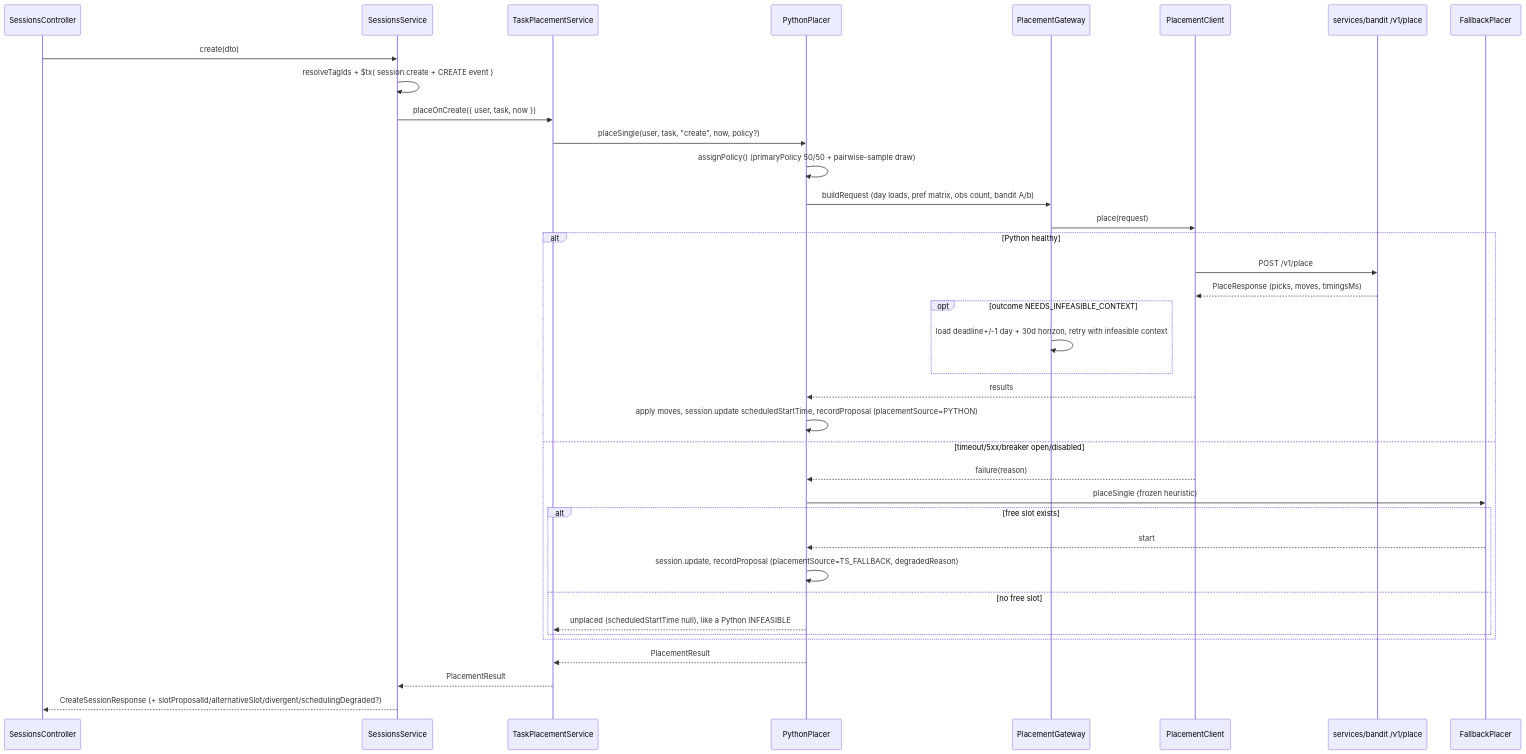
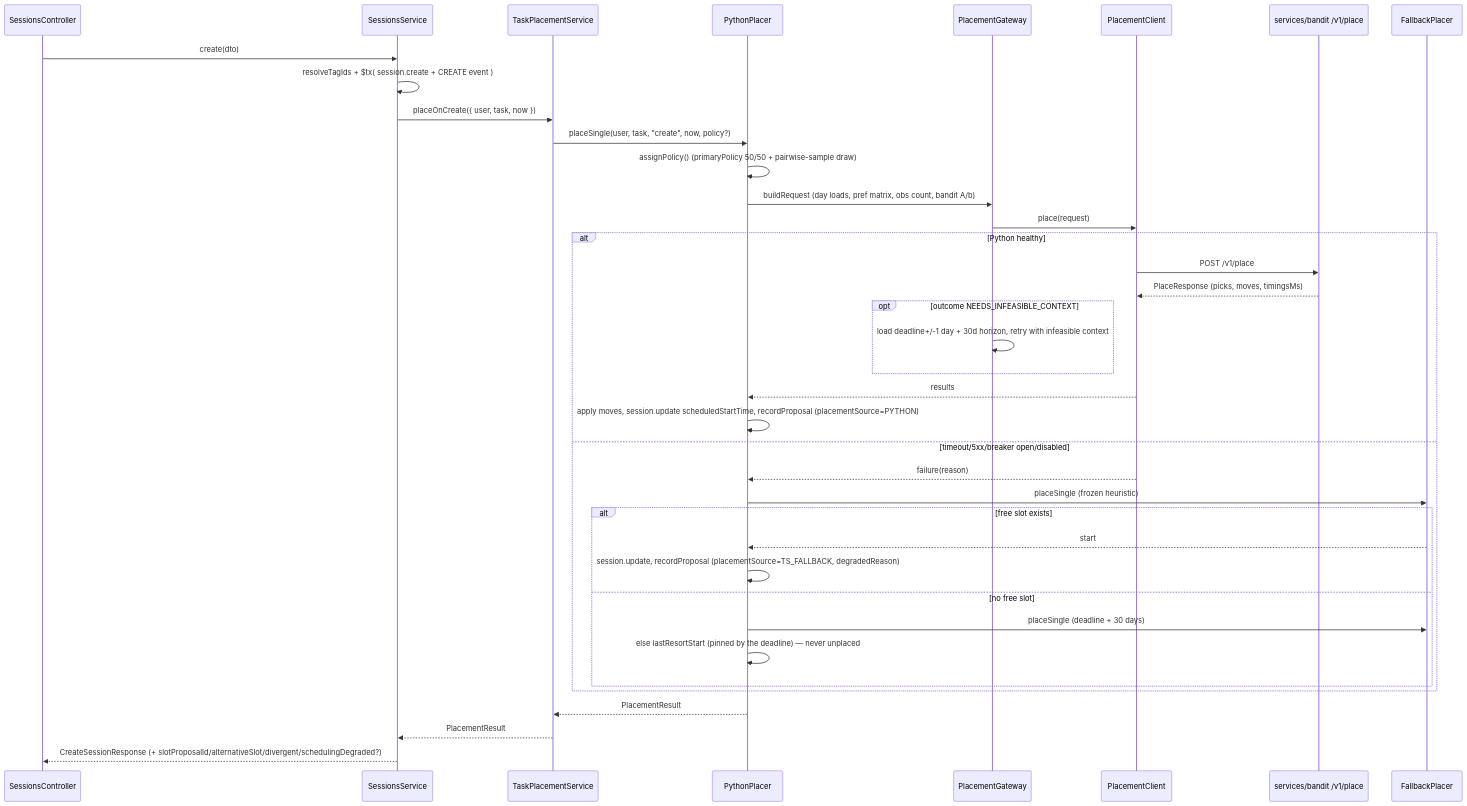
Before and after one commit to tryzenflow/zenflow: the second of 6 diagrams in backend/README.md, drawn with Mermaid. The commit also changed other lines of this file and 27 other files, not shown here.

First line of the commit message:
feat(scheduler): never leave a TASK unplaced

````diff
--- a/backend/README.md
+++ b/backend/README.md
@@ -810,39 +831,40 @@
 ```mermaid
 sequenceDiagram
   participant C as SessionsController
   participant S as SessionsService
   participant T as TaskPlacementService
   participant P as PythonPlacer
   participant G as PlacementGateway
   participant PC as PlacementClient
   participant PY as services/bandit /v1/place
   participant FB as FallbackPlacer
   C->>S: create(dto)
   S->>S: resolveTagIds + $tx( session.create + CREATE event )
   S->>T: placeOnCreate({ user, task, now })
   T->>P: placeSingle(user, task, "create", now, policy?)
   P->>P: assignPolicy() (primaryPolicy 50/50 + pairwise-sample draw)
   P->>G: buildRequest (day loads, pref matrix, obs count, bandit A/b)
   G->>PC: place(request)
   alt Python healthy
     PC->>PY: POST /v1/place
     PY-->>PC: PlaceResponse (picks, moves, timingsMs)
     opt outcome NEEDS_INFEASIBLE_CONTEXT
       G->>G: load deadline+/-1 day + 30d horizon, retry with infeasible context
     end
     PC-->>P: results
     P->>P: apply moves, session.update scheduledStartTime, recordProposal (placementSource=PYTHON)
   else timeout/5xx/breaker open/disabled
     PC-->>P: failure(reason)
     P->>FB: placeSingle (frozen heuristic)
     alt free slot exists
       FB-->>P: start
       P->>P: session.update, recordProposal (placementSource=TS_FALLBACK, degradedReason)
     else no free slot
-      P-->>T: unplaced (scheduledStartTime null), like a Python INFEASIBLE
+      P->>FB: placeSingle (deadline + 30 days)
+      P->>P: else lastResortStart (pinned by the deadline) — never unplaced
     end
   end
   P-->>T: PlacementResult
   T-->>S: PlacementResult
   S-->>C: CreateSessionResponse (+ slotProposalId/alternativeSlot/divergent/schedulingDegraded?)
 ```
````
